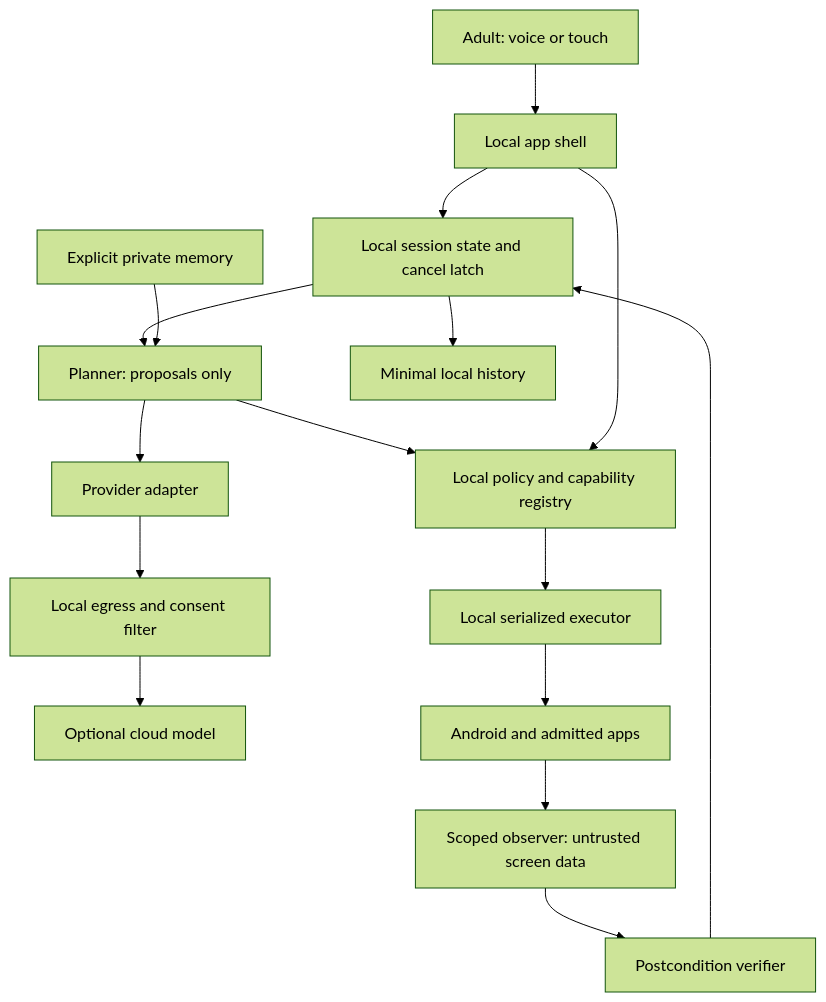
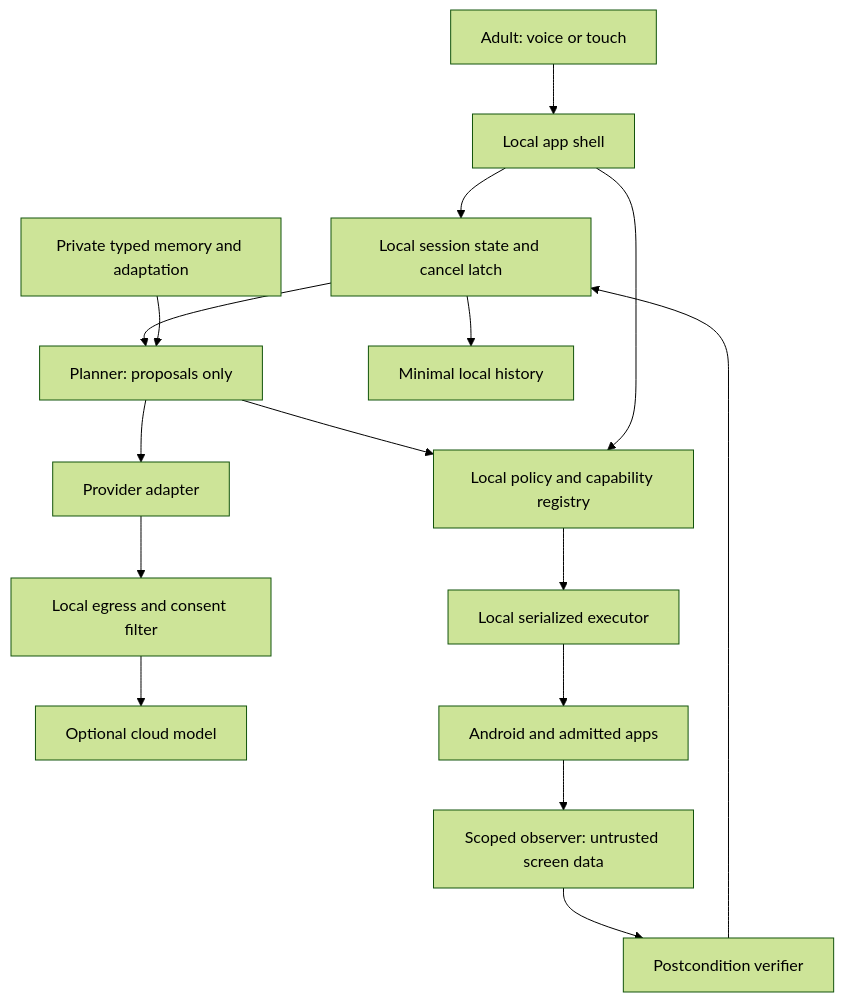
One commit to Pueblo98/Granny changed the diagram in docs/04-architecture/system-overview.md. Above: the diagram before and after it, drawn with Mermaid (forest theme). The commit also changed other lines of this file and 27 other files, not shown here.

````diff
--- a/docs/04-architecture/system-overview.md
+++ b/docs/04-architecture/system-overview.md
@@ -19,18 +19,18 @@
 ```mermaid
 flowchart TD
  U[Adult: voice or touch] --> UI[Local app shell]
  UI --> S[Local session state and cancel latch]
  S --> P[Planner: proposals only]
  P --> A[Provider adapter]
  A --> E[Local egress and consent filter]
  E --> C[Optional cloud model]
  P --> G[Local policy and capability registry]
  UI --> G
  G --> X[Local serialized executor]
  X --> OS[Android and admitted apps]
  OS --> O[Scoped observer: untrusted screen data]
  O --> V[Postcondition verifier]
  V --> S
  S --> H[Minimal local history]
- M[Explicit private memory] --> P
+ M[Private typed memory and adaptation] --> P
 ```
````
